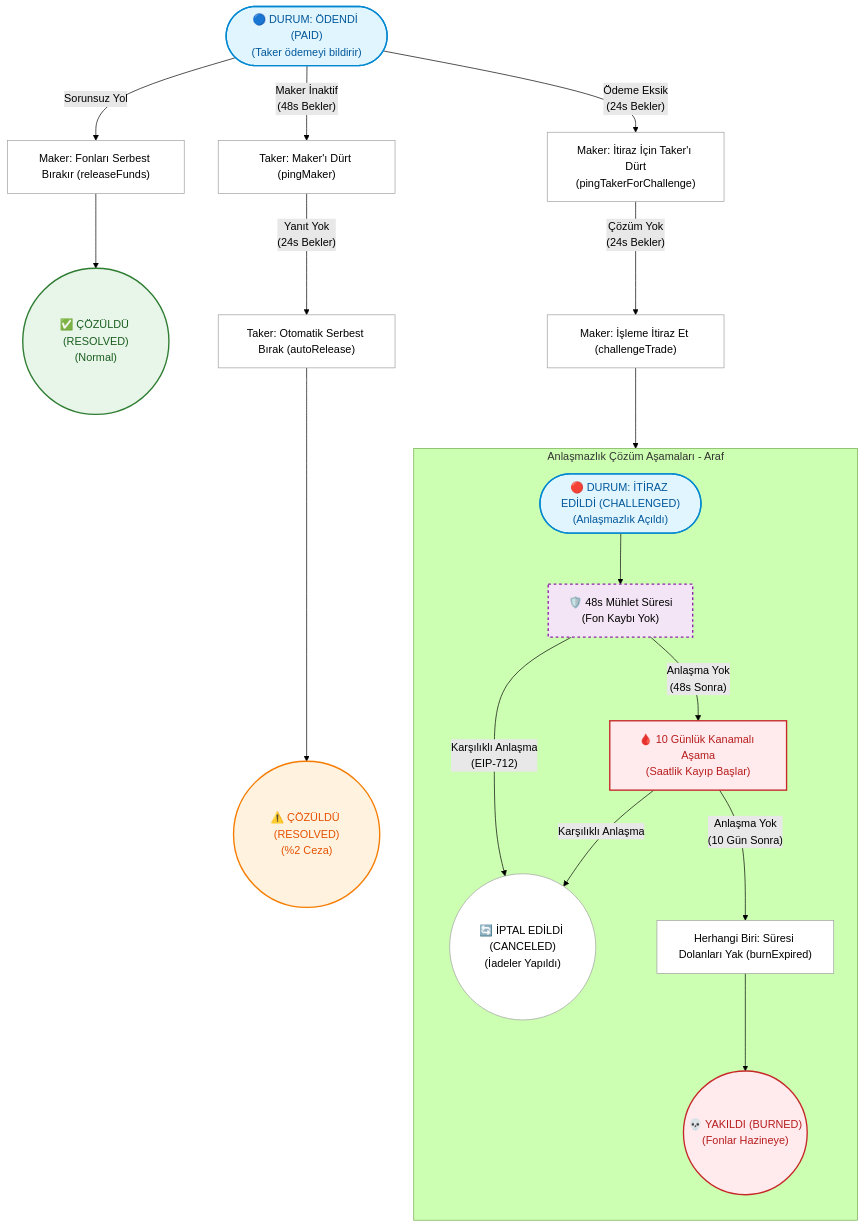
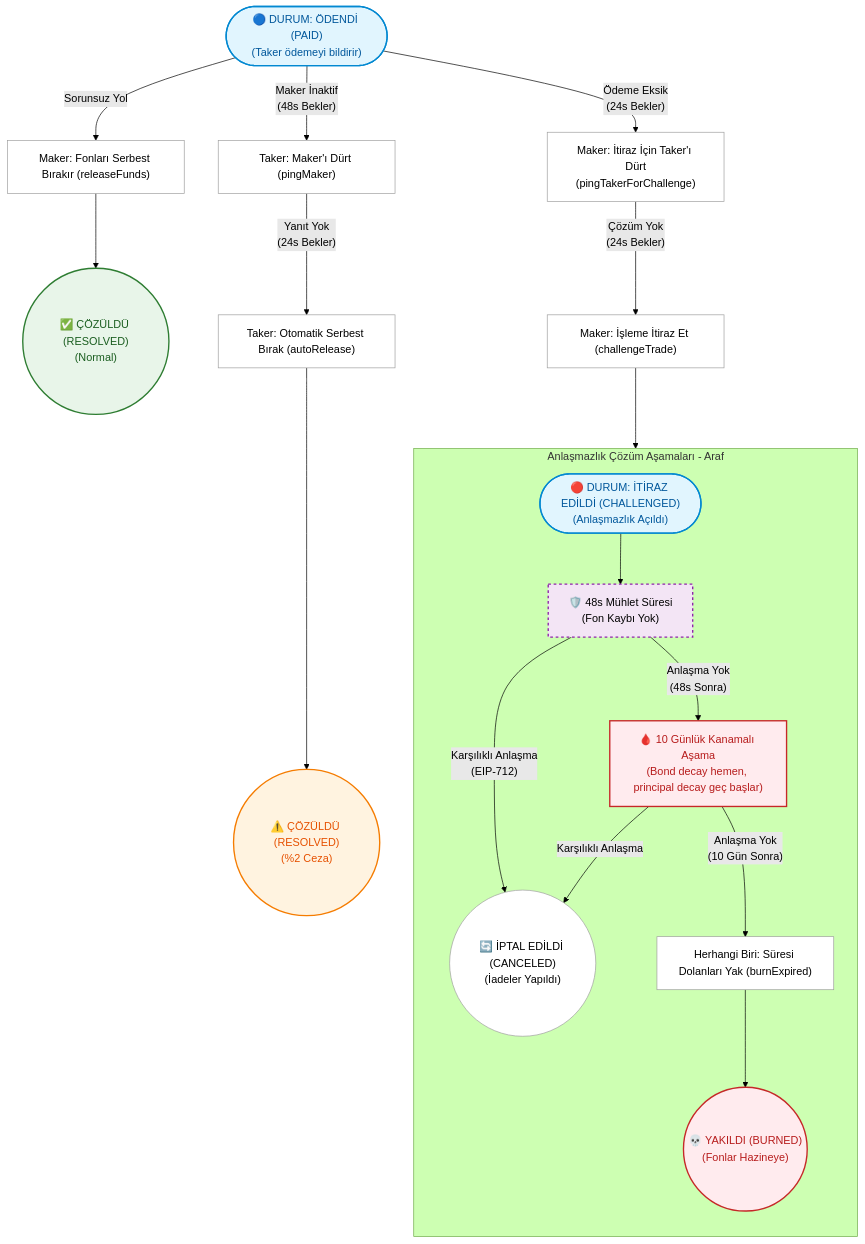
Before and after one commit to MyDemir/Araf-Protokol: the diagram in docs/TR/GAME_THEORY.md, drawn with Mermaid (forest theme). The commit also changed other lines of this file, not shown here.

Commit message:
docs(tr): clarify staged Bleeding Escrow and principal acceleration

````diff
--- a/docs/TR/GAME_THEORY.md
+++ b/docs/TR/GAME_THEORY.md
@@ -13,61 +13,61 @@
 ```mermaid
 flowchart TD
     %% Stil Sınıfları
     classDef state fill:#e1f5fe,stroke:#0288d1,stroke-width:2px,color:#01579b
     classDef success fill:#e8f5e9,stroke:#2e7d32,stroke-width:2px,color:#1b5e20
     classDef warning fill:#fff3e0,stroke:#f57c00,stroke-width:2px,color:#e65100
     classDef danger fill:#ffebee,stroke:#c62828,stroke-width:2px,color:#b71c1c
     classDef action fill:#ffffff,stroke:#9e9e9e,stroke-width:1px
     classDef phase fill:#f3e5f5,stroke:#8e24aa,stroke-width:2px,stroke-dasharray: 4
 
     %% Düğümleri (Nodes) Tanımla
     PAID(["🔵 DURUM: ÖDENDİ (PAID)<br>(Taker ödemeyi bildirir)"])
     ActionRelease["Maker: Fonları Serbest Bırakır (releaseFunds)"]
     ResOk(("✅ ÇÖZÜLDÜ (RESOLVED)<br>(Normal)"))
 
     ActionPingMaker["Taker: Maker'ı Dürt (pingMaker)"]
     ActionAuto["Taker: Otomatik Serbest Bırak (autoRelease)"]
     ResPen(("⚠️ ÇÖZÜLDÜ (RESOLVED)<br>(%2 Ceza)"))
 
     ActionPingTaker["Maker: İtiraz İçin Taker'ı Dürt<br>(pingTakerForChallenge)"]
     ActionChallenge["Maker: İşleme İtiraz Et (challengeTrade)"]
     CHALLENGED(["🔴 DURUM: İTİRAZ EDİLDİ (CHALLENGED)<br>(Anlaşmazlık Açıldı)"])
 
     %% Bağlantıları Tanımla
     PAID -->|"Sorunsuz Yol"| ActionRelease
     ActionRelease --> ResOk
 
     PAID -->|"Maker İnaktif<br>(48s Bekler)"| ActionPingMaker
     ActionPingMaker -->|"Yanıt Yok<br>(24s Bekler)"| ActionAuto
     ActionAuto --> ResPen
 
     PAID -->|"Ödeme Eksik<br>(24s Bekler)"| ActionPingTaker
     ActionPingTaker -->|"Çözüm Yok<br>(24s Bekler)"| ActionChallenge
     ActionChallenge --> CHALLENGED
 
     %% Purgatory (Araf) Alt Grafiği
     subgraph Purgatory [Anlaşmazlık Çözüm Aşamaları - Araf]
         direction TB
         GRACE["🛡️ 48s Mühlet Süresi<br>(Fon Kaybı Yok)"]
         CANCELED(("🔄 İPTAL EDİLDİ (CANCELED)<br>(İadeler Yapıldı)"))
-        BLEEDING["🩸 10 Günlük Kanamalı Aşama<br>(Saatlik Kayıp Başlar)"]
+        BLEEDING["🩸 10 Günlük Kanamalı Aşama<br>(Bond decay hemen, principal decay geç başlar)"]
         ActionBurn["Herhangi Biri: Süresi Dolanları Yak (burnExpired)"]
         BURNED(("💀 YAKILDI (BURNED)<br>(Fonlar Hazineye)"))
 
         CHALLENGED --> GRACE
         GRACE -->|"Karşılıklı Anlaşma<br>(EIP-712)"| CANCELED
         GRACE -->|"Anlaşma Yok<br>(48s Sonra)"| BLEEDING
         BLEEDING -->|"Karşılıklı Anlaşma"| CANCELED
         BLEEDING -->|"Anlaşma Yok<br>(10 Gün Sonra)"| ActionBurn
         ActionBurn --> BURNED
     end
 
     %% Sınıfları Güvenli Bir Şekilde Uygula
     class PAID,CHALLENGED state;
     class ResOk success;
     class ResPen warning;
     class CANCELED action;
     class ActionRelease,ActionPingMaker,ActionAuto,ActionPingTaker,ActionChallenge,ActionBurn action;
     class GRACE phase;
     class BLEEDING,BURNED danger;
 ```
````
